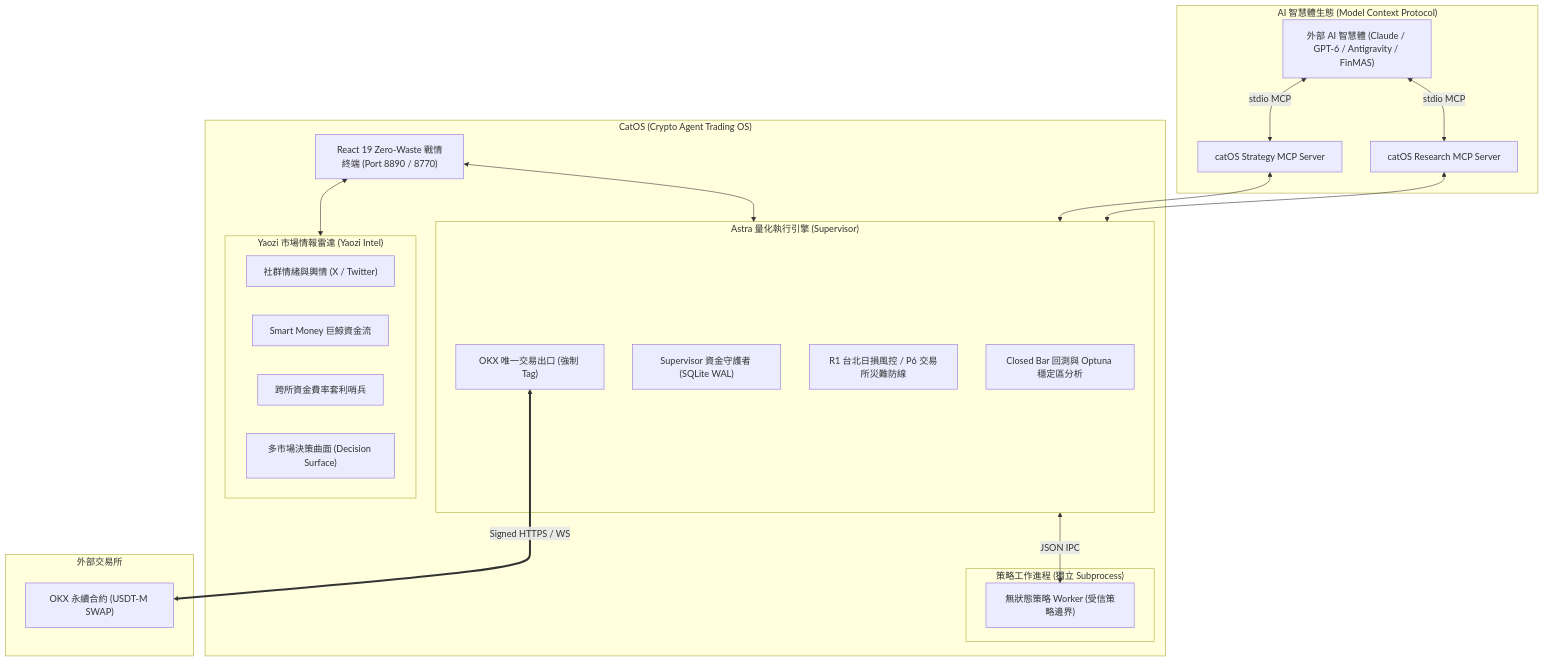
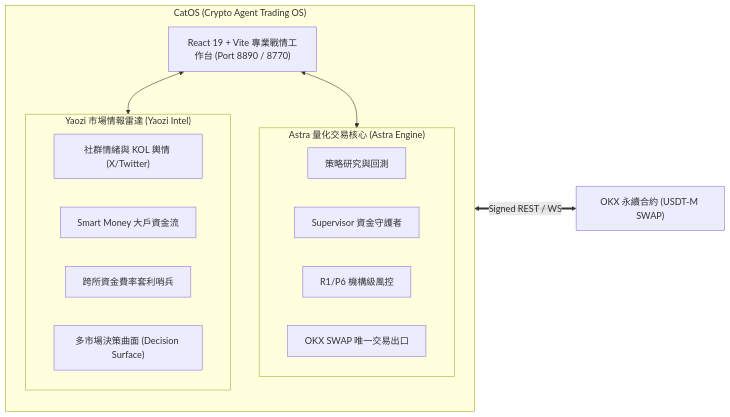
One commit to b40609/CatOS changed the second of 2 diagrams in README.md. Above: the diagram before and after it, drawn with Mermaid. The commit also changed other lines of this file, not shown here.

Commit message:
docs: align README with authentic CatOS product vision, workflow and delivery boundaries

````diff
--- a/README.md
+++ b/README.md
@@ -48,40 +64,22 @@
 ```mermaid
-flowchart TB
-    subgraph AgentEco["AI 智慧體生態 (Model Context Protocol)"]
-        LLM["外部 AI 智慧體 (Claude / GPT-6 / Antigravity / FinMAS)"]
-        MCP_Research["catOS Research MCP Server"]
-        MCP_Strategy["catOS Strategy MCP Server"]
-    end
-
-    subgraph CatOS_Core["CatOS (Crypto Agent Trading OS)"]
-        subgraph Astra["Astra 量化執行引擎 (Supervisor)"]
-            ResearchCore["Closed Bar 回測與 Optuna 穩定區分析"]
-            Supervisor["Supervisor 資金守護者 (SQLite WAL)"]
-            RiskGuard["R1 台北日損風控 / P6 交易所災難防線"]
-            ExecutionGateway["OKX 唯一交易出口 (強制 Tag)"]
-        end
-        subgraph StrategyWorker["策略工作進程 (獨立 Subprocess)"]
-            Worker["無狀態策略 Worker (受信策略邊界)"]
+flowchart LR
+    subgraph CatOS["CatOS (Crypto Agent Trading OS)"]
+        direction TB
+        subgraph Astra["Astra 量化交易核心 (Astra Engine)"]
+            Research["策略研究與回測"]
+            Supervisor["Supervisor 資金守護者"]
+            Risk["R1/P6 機構級風控"]
+            Exec["OKX SWAP 唯一交易出口"]
         end
         subgraph Yaozi["Yaozi 市場情報雷達 (Yaozi Intel)"]
-            Social["社群情緒與輿情 (X / Twitter)"]
-            Flow["Smart Money 巨鯨資金流"]
+            Social["社群情緒與 KOL 輿情 (X/Twitter)"]
+            Flow["Smart Money 大戶資金流"]
             Arb["跨所資金費率套利哨兵"]
             Surface["多市場決策曲面 (Decision Surface)"]
         end
-        UI["React 19 Zero-Waste 戰情終端 (Port 8890 / 8770)"]
+        Terminal["React 19 + Vite 專業戰情工作台 (Port 8890 / 8770)"]
     end
-
-    subgraph External["外部交易所"]
-        OKX["OKX 永續合約 (USDT-M SWAP)"]
-    end
-
-    LLM <-->|stdio MCP| MCP_Research
-    LLM <-->|stdio MCP| MCP_Strategy
-    MCP_Research <--> Astra
-    MCP_Strategy <--> Astra
-    UI <--> Astra
-    UI <--> Yaozi
-    Astra <-->|JSON IPC| Worker
-    ExecutionGateway <==>|Signed HTTPS / WS| OKX
+    Terminal <--> Astra
+    Terminal <--> Yaozi
+    Astra <==>|Signed REST / WS| OKX["OKX 永續合約 (USDT-M SWAP)"]
 ```
````
